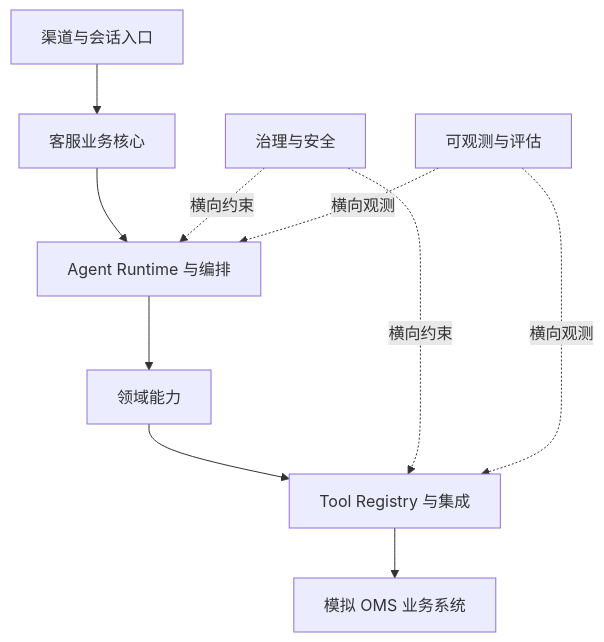
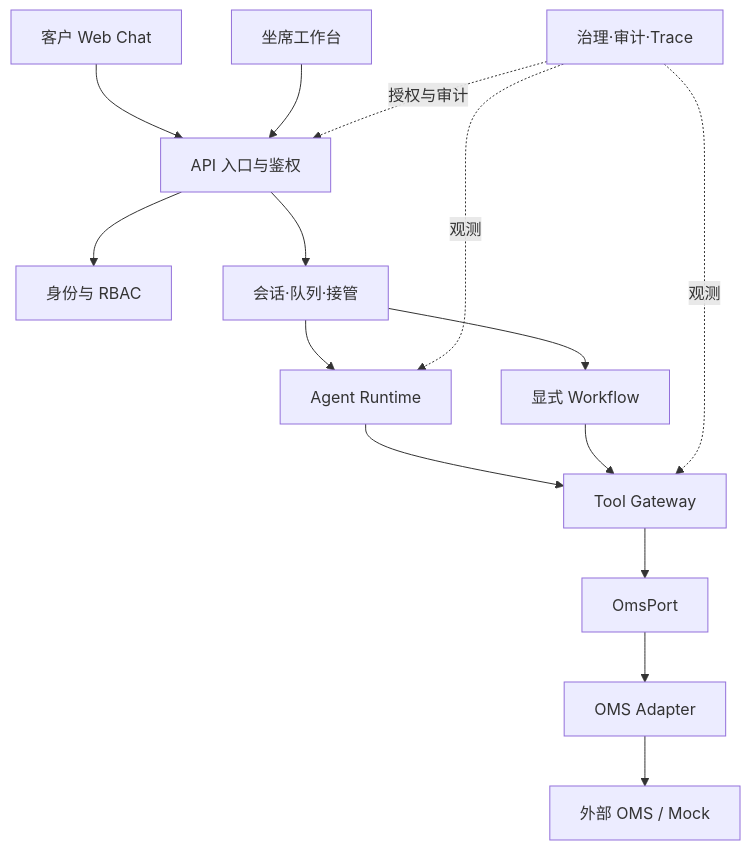
One commit to longzy/customer-service-agent changed the diagram in docs/architecture/overview.md. Above: the diagram before and after it, drawn with Mermaid. The commit also changed other lines of this file and 11 other files, not shown here.

````diff
--- a/docs/architecture/overview.md
+++ b/docs/architecture/overview.md
@@ -29,21 +31,30 @@
 ```mermaid
 flowchart TB
-    Channel[渠道与会话入口]
-    Core[客服业务核心]
-    Runtime[Agent Runtime 与编排]
-    Capability[领域能力]
-    Tool[Tool Registry 与集成]
-    Business[模拟 OMS 业务系统]
-    Governance[治理与安全]
-    Obs[可观测与评估]
+    Chat[客户 Web Chat]
+    Workspace[坐席工作台]
+    API[API 入口与鉴权]
+    Identity[身份与 RBAC]
+    Core[会话·队列·接管]
+    Runtime[Agent Runtime]
+    Workflow[显式 Workflow]
+    Tool[Tool Gateway]
+    Port[OmsPort]
+    Adapter[OMS Adapter]
+    OMS[外部 OMS / Mock]
+    Gov[治理·审计·Trace]
 
-    Channel --> Core
+    Chat --> API
+    Workspace --> API
+    API --> Identity
+    API --> Core
     Core --> Runtime
-    Runtime --> Capability
-    Capability --> Tool
-    Tool --> Business
-    Governance -.横向约束.-> Runtime
-    Governance -.横向约束.-> Tool
-    Obs -.横向观测.-> Runtime
-    Obs -.横向观测.-> Tool
+    Core --> Workflow
+    Runtime --> Tool
+    Workflow --> Tool
+    Tool --> Port
+    Port --> Adapter
+    Adapter --> OMS
+    Gov -.授权与审计.-> API
+    Gov -.观测.-> Runtime
+    Gov -.观测.-> Tool
 ```
````
